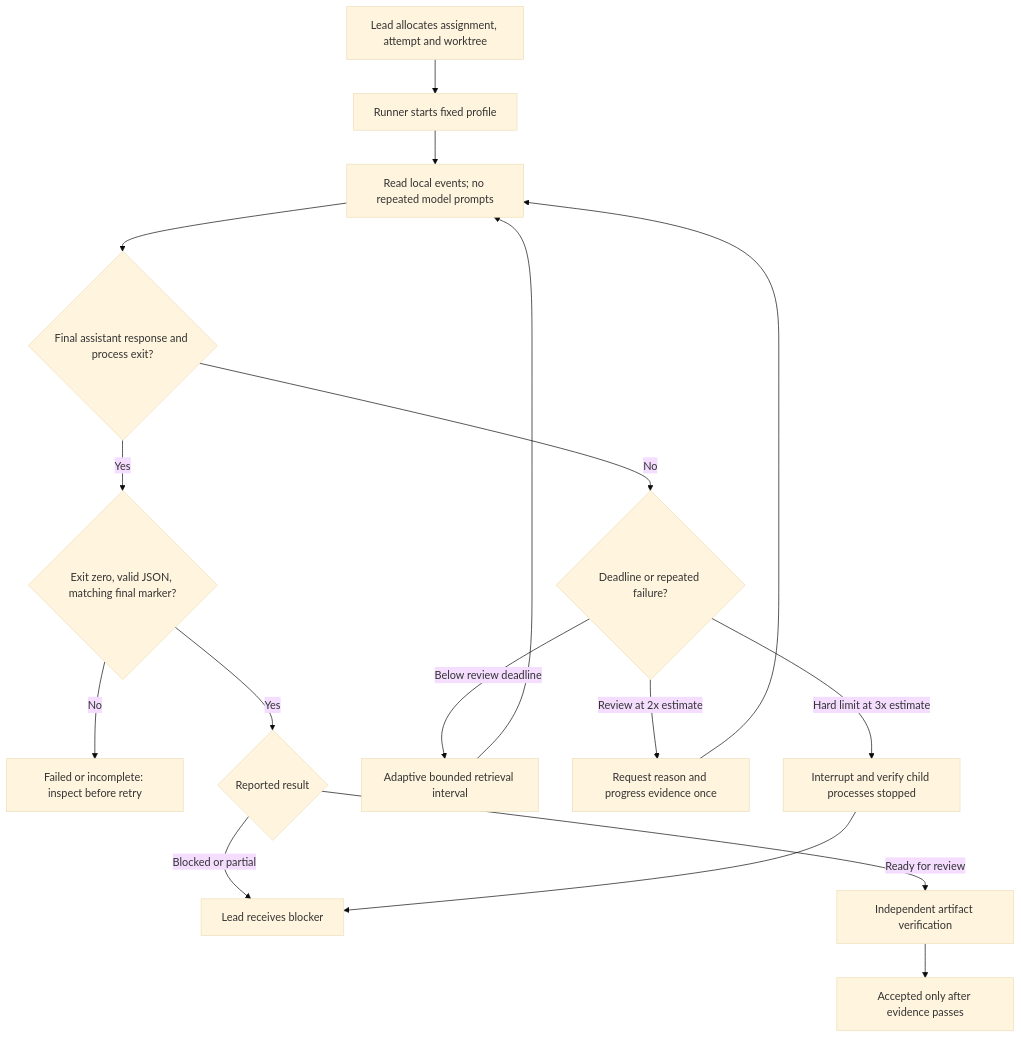
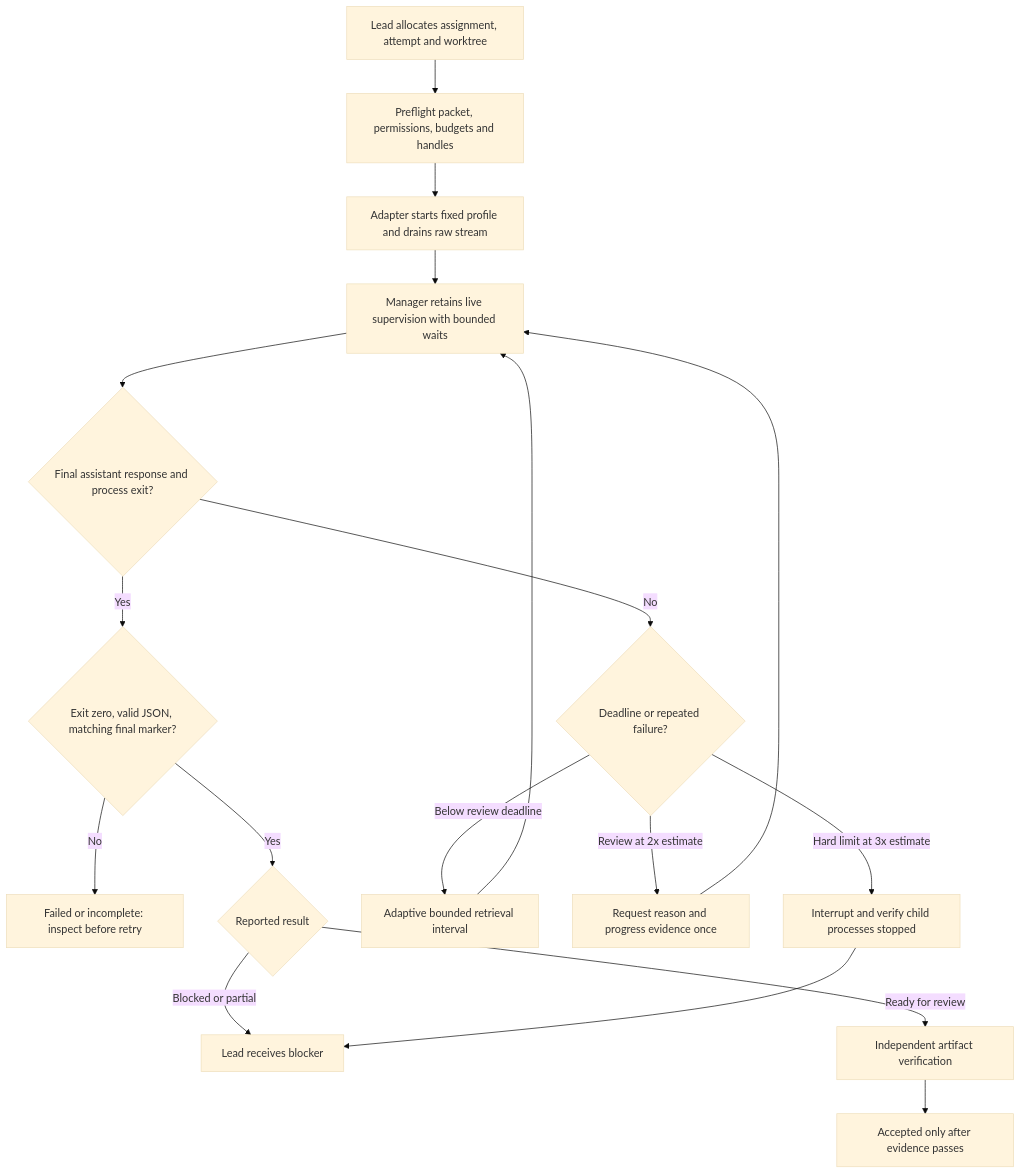
Before and after one commit to rodrigolmiranda/agent-skills: the second of 6 diagrams in docs/interchange-decisions.md, drawn with Mermaid (base theme). The commit also changed other lines of this file and 13 other files, not shown here.

````diff
--- a/docs/interchange-decisions.md
+++ b/docs/interchange-decisions.md
@@ -48,19 +53,20 @@
 ```mermaid
 flowchart TD
-  A[Lead allocates assignment, attempt and worktree] --> B[Runner starts fixed profile]
-  B --> C[Read local events; no repeated model prompts]
-  C --> D{Final assistant response and process exit?}
+  A[Lead allocates assignment, attempt and worktree] --> B[Preflight packet, permissions, budgets and handles]
+  B --> C[Adapter starts fixed profile and drains raw stream]
+  C --> O[Manager retains live supervision with bounded waits]
+  O --> D{Final assistant response and process exit?}
   D -->|Yes| E{Exit zero, valid JSON, matching final marker?}
   E -->|No| F[Failed or incomplete: inspect before retry]
   E -->|Yes| G{Reported result}
   G -->|Blocked or partial| H[Lead receives blocker]
   G -->|Ready for review| I[Independent artifact verification]
   I --> J[Accepted only after evidence passes]
   D -->|No| K{Deadline or repeated failure?}
   K -->|Below review deadline| L[Adaptive bounded retrieval interval]
-  L --> C
+  L --> O
   K -->|Review at 2x estimate| M[Request reason and progress evidence once]
-  M --> C
+  M --> O
   K -->|Hard limit at 3x estimate| N[Interrupt and verify child processes stopped]
   N --> H
 ```
````
